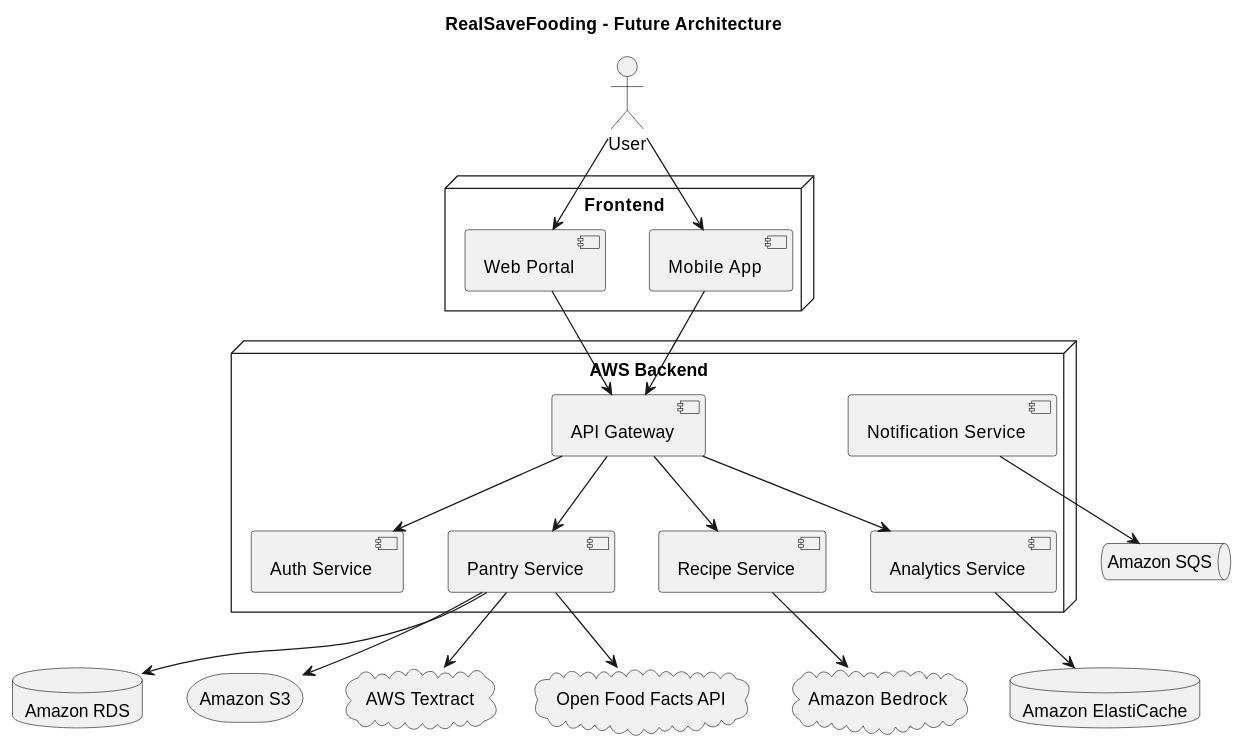
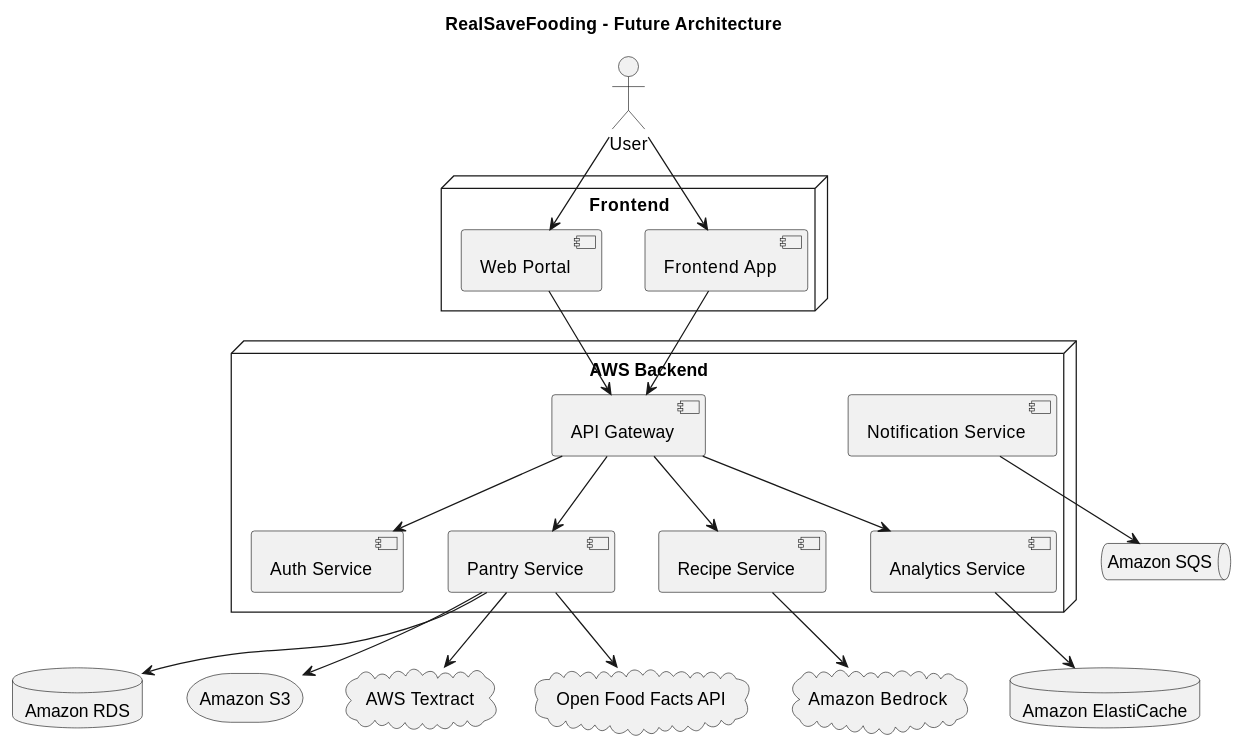
One commit to LIDR-academy/AI4Devs-finalproject changed the fifth of 6 diagrams in docs/architecture/architecture.md. Above: the diagram before and after it, drawn with PlantUML. The commit also changed other lines of this file and 7 other files, not shown here.

Commit message:
Update architecture documentation to reflect TanStack Start integration and clarify frontend application references

````diff
--- a/docs/architecture/architecture.md
+++ b/docs/architecture/architecture.md
@@ -200,68 +203,68 @@
 ```plantuml
 @startuml
 title RealSaveFooding - Future Architecture
 
 actor User
 
 node "Frontend" {
-    [Mobile App]
+    [Frontend App]
     [Web Portal]
 }
 
 node "AWS Backend" {
 
     [API Gateway]
 
     [Auth Service]
 
     [Pantry Service]
 
     [Recipe Service]
 
     [Analytics Service]
 
     [Notification Service]
 
 }
 
 database "Amazon RDS"
 
 database "Amazon ElastiCache"
 
 queue "Amazon SQS"
 
 storage "Amazon S3"
 
 cloud "Amazon Bedrock"
 
 cloud "AWS Textract"
 
 cloud "Open Food Facts API"
 
-User --> [Mobile App]
+User --> [Frontend App]
 User --> [Web Portal]
 
-[Mobile App] --> [API Gateway]
+[Frontend App] --> [API Gateway]
 [Web Portal] --> [API Gateway]
 
 [API Gateway] --> [Auth Service]
 [API Gateway] --> [Pantry Service]
 [API Gateway] --> [Recipe Service]
 [API Gateway] --> [Analytics Service]
 
 [Pantry Service] --> "Amazon RDS"
 
 [Recipe Service] --> "Amazon Bedrock"
 
 [Pantry Service] --> "Open Food Facts API"
 
 [Analytics Service] --> "Amazon ElastiCache"
 
 [Notification Service] --> "Amazon SQS"
 
 [Pantry Service] --> "Amazon S3"
 
 [Pantry Service] --> "AWS Textract"
 
 @enduml
 ```
````
